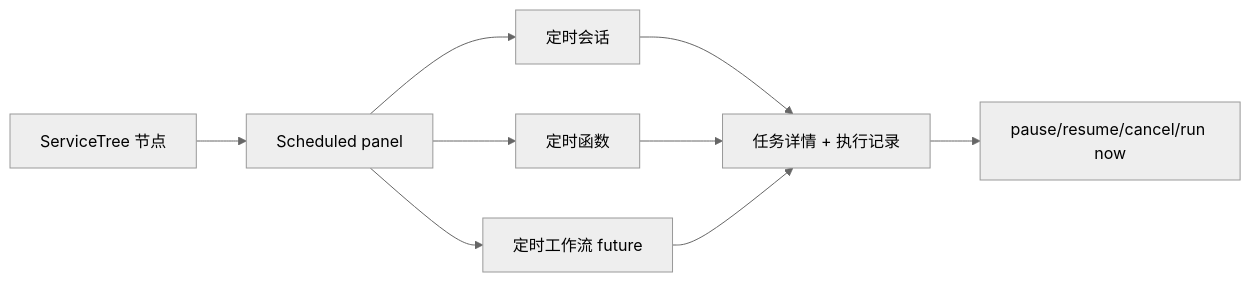
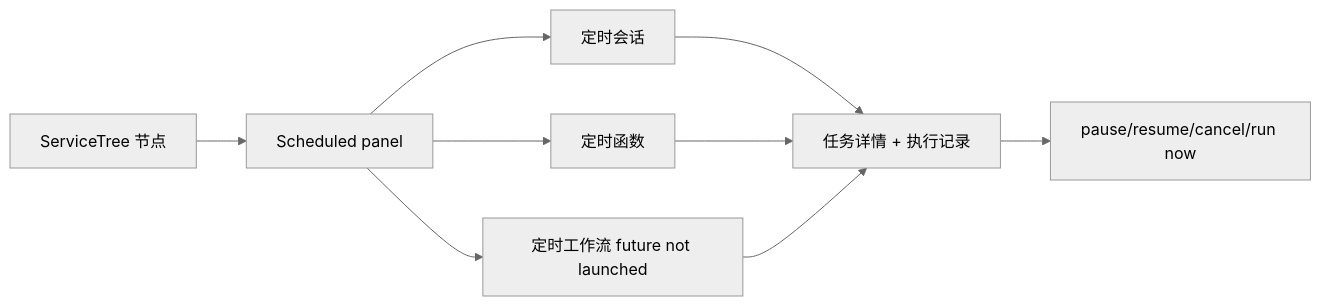
Before and after one commit to kageos/kageos: diagram 19 of 19 in docs/scheduled-tasks-architecture-design.md, drawn with Mermaid (neutral theme). The commit also changed other lines of this file and 86 other files, not shown here.

````diff
--- a/docs/scheduled-tasks-architecture-design.md
+++ b/docs/scheduled-tasks-architecture-design.md
@@ -727,11 +736,11 @@
 ```mermaid
 flowchart LR
   Tree["ServiceTree 节点"] --> Panel["Scheduled panel"]
   Panel --> AgentTab["定时会话"]
   Panel --> FunctionTab["定时函数"]
-  Panel --> WorkflowTab["定时工作流 future"]
+  Panel --> WorkflowTab["定时工作流 future not launched"]
   AgentTab --> Detail["任务详情 + 执行记录"]
   FunctionTab --> Detail
   WorkflowTab --> Detail
   Detail --> Actions["pause/resume/cancel/run now"]
 ```
````
